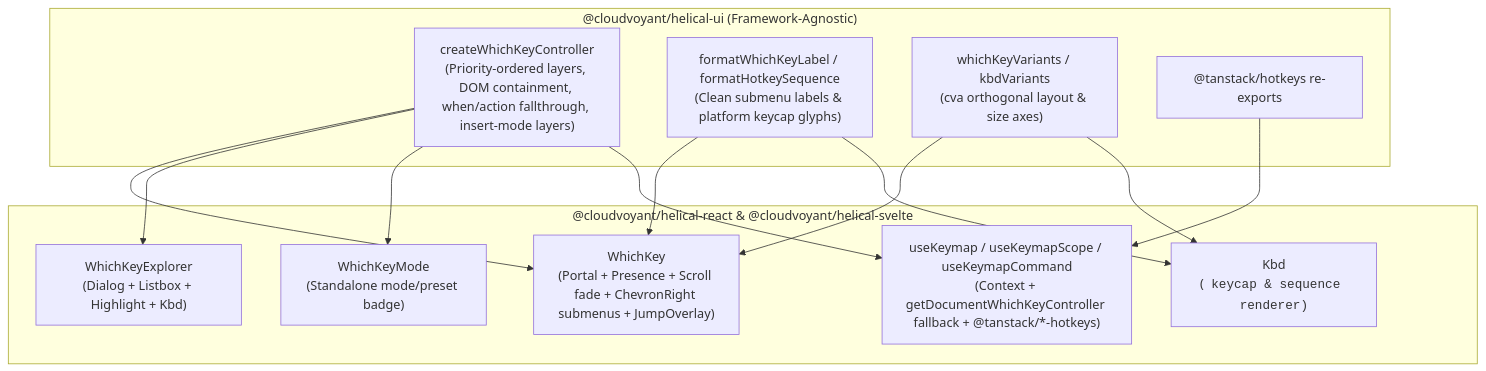
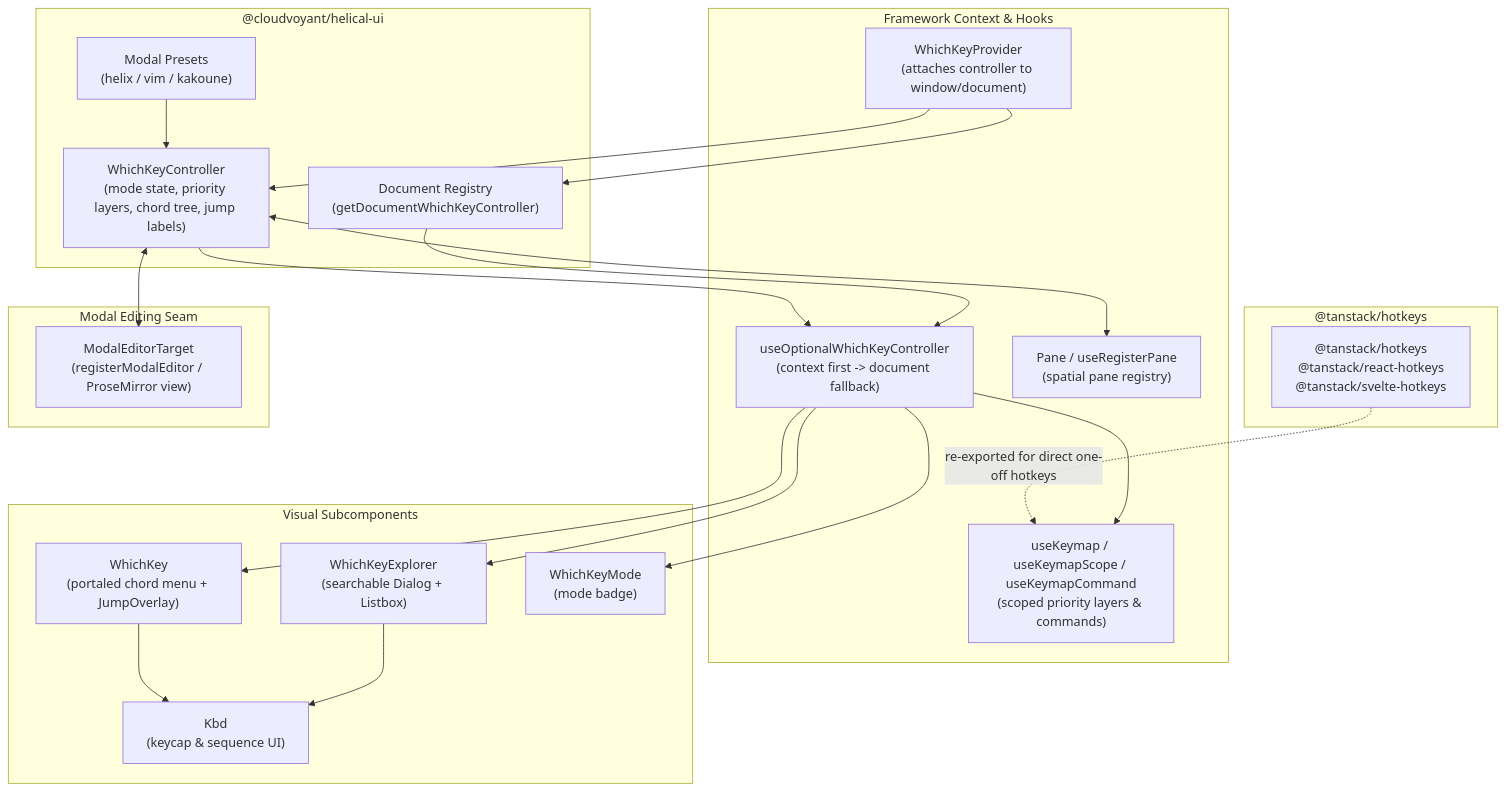
Before and after one commit to cloudvoyant/helical-ui: the first of 4 diagrams in docs/architecture/components/which-key.md, drawn with Mermaid. The commit also changed other lines of this file and 1 other file, not shown here.

Commit message:
docs(which-key): simplify architecture doc and add wiring diagrams

````diff
--- a/docs/architecture/components/which-key.md
+++ b/docs/architecture/components/which-key.md
@@ -40,27 +18,45 @@
 ```mermaid
 flowchart TD
-  subgraph Core["@cloudvoyant/helical-ui (Framework-Agnostic)"]
-    Ctrl["createWhichKeyController\n(Priority-ordered layers, DOM containment, when/action fallthrough, insert-mode layers)"]
-    Fmt["formatWhichKeyLabel / formatHotkeySequence\n(Clean submenu labels & platform keycap glyphs)"]
-    Variants["whichKeyVariants / kbdVariants\n(cva orthogonal layout & size axes)"]
-    Hotkeys["@tanstack/hotkeys re-exports"]
+  subgraph TanStack["@tanstack/hotkeys"]
+    TH["@tanstack/hotkeys\n@tanstack/react-hotkeys\n@tanstack/svelte-hotkeys"]
   end
 
-  subgraph UI["@cloudvoyant/helical-react & @cloudvoyant/helical-svelte"]
-    WK["WhichKey\n(Portal + Presence + Scroll fade + ChevronRight submenus + JumpOverlay)"]
-    Exp["WhichKeyExplorer\n(Dialog + Listbox + Highlight + Kbd)"]
-    Mode["WhichKeyMode\n(Standalone mode/preset badge)"]
-    KbdComp["Kbd\n(<kbd> keycap & sequence renderer)"]
-    Hooks["useKeymap / useKeymapScope / useKeymapCommand\n(Context + getDocumentWhichKeyController fallback + @tanstack/*-hotkeys)"]
+  subgraph Core["@cloudvoyant/helical-ui"]
+    Ctrl["WhichKeyController\n(mode state, priority layers, chord tree, jump labels)"]
+    DocReg["Document Registry\n(getDocumentWhichKeyController)"]
+    Presets["Modal Presets\n(helix / vim / kakoune)"]
   end
 
-  Ctrl --> WK
-  Ctrl --> Exp
-  Ctrl --> Mode
-  Ctrl --> Hooks
-  Fmt --> WK
-  Fmt --> KbdComp
-  Variants --> WK
-  Variants --> KbdComp
-  Hotkeys --> Hooks
+  subgraph Hooks["Framework Context & Hooks"]
+    Provider["WhichKeyProvider\n(attaches controller to window/document)"]
+    OptCtrl["useOptionalWhichKeyController\n(context first -> document fallback)"]
+    Keymap["useKeymap / useKeymapScope / useKeymapCommand\n(scoped priority layers & commands)"]
+    PaneHook["Pane / useRegisterPane\n(spatial pane registry)"]
+  end
+
+  subgraph Subcomponents["Visual Subcomponents"]
+    WK["WhichKey\n(portaled chord menu + JumpOverlay)"]
+    Exp["WhichKeyExplorer\n(searchable Dialog + Listbox)"]
+    Mode["WhichKeyMode\n(mode badge)"]
+    KbdComp["Kbd\n(keycap & sequence UI)"]
+  end
+
+  subgraph Editor["Modal Editing Seam"]
+    Target["ModalEditorTarget\n(registerModalEditor / ProseMirror view)"]
+  end
+
+  TH -. "re-exported for direct one-off hotkeys" .-> Keymap
+  Presets --> Ctrl
+  Provider --> Ctrl
+  Provider --> DocReg
+  Ctrl --> OptCtrl
+  DocReg --> OptCtrl
+  OptCtrl --> Keymap
+  OptCtrl --> WK
+  OptCtrl --> Exp
+  OptCtrl --> Mode
+  Ctrl <--> PaneHook
+  Ctrl <--> Target
+  WK --> KbdComp
+  Exp --> KbdComp
 ```
````
